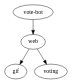
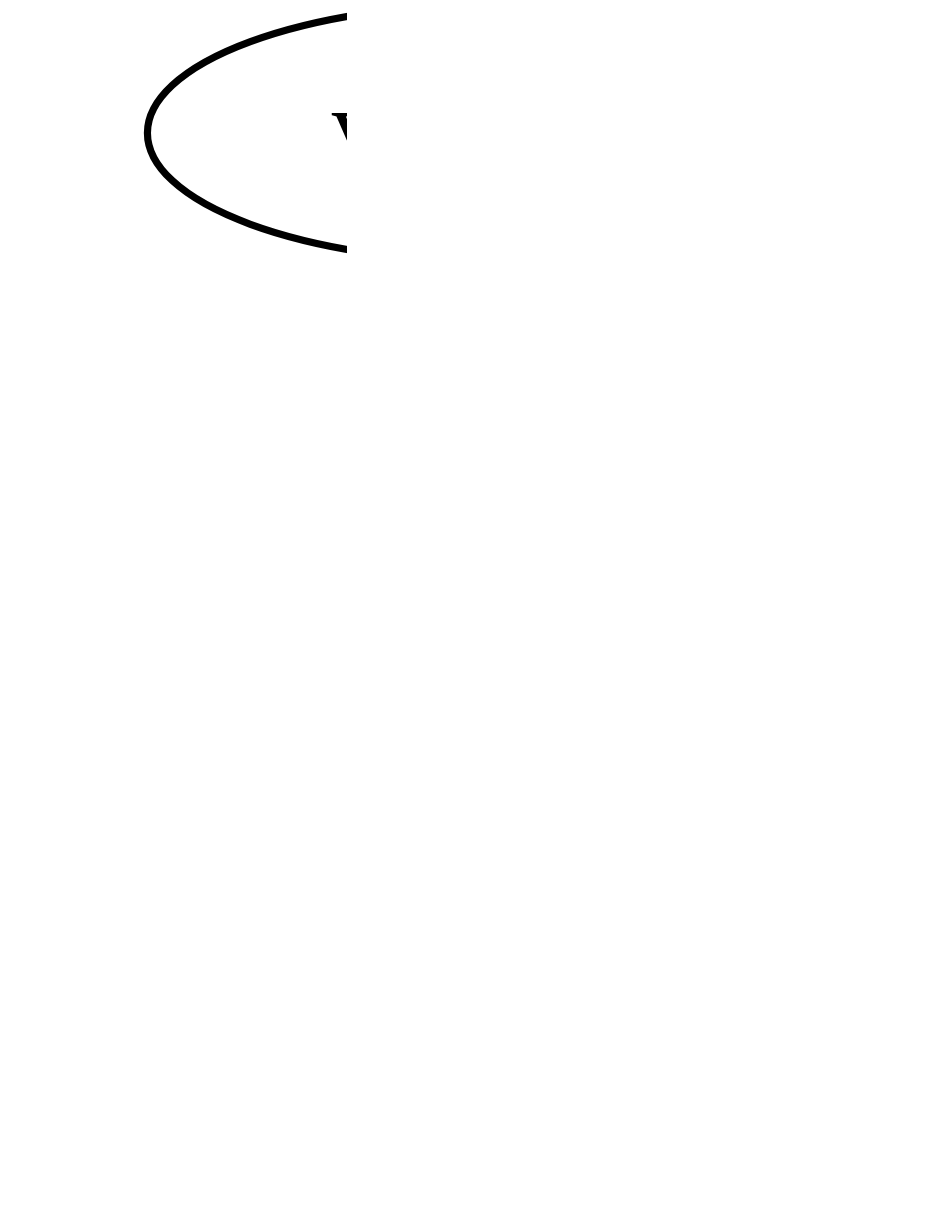
Before and after one commit to grampelberg/katacoda-scenarios: the diagram in nodevoto/assets/topology.dot, drawn with Graphviz. The commit also changed 4 other files, not shown here.

```diff
--- a/nodevoto/assets/topology.dot
+++ b/nodevoto/assets/topology.dot
@@ -1,5 +1,6 @@
 digraph G {
+  graph [bgcolor="transparent" dpi=300]
   "vote-bot" -> "web"
   "web" -> "gif"
   "web" -> "voting"
 }
```
